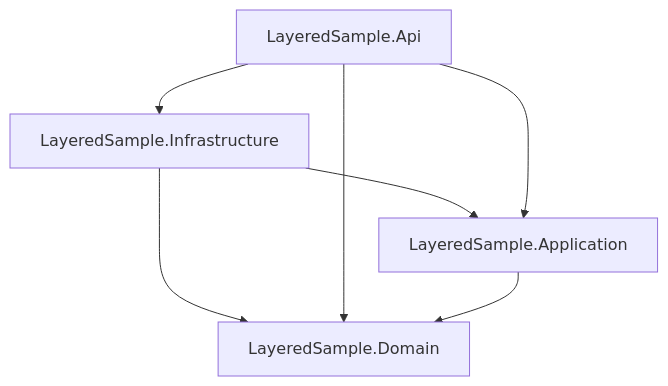
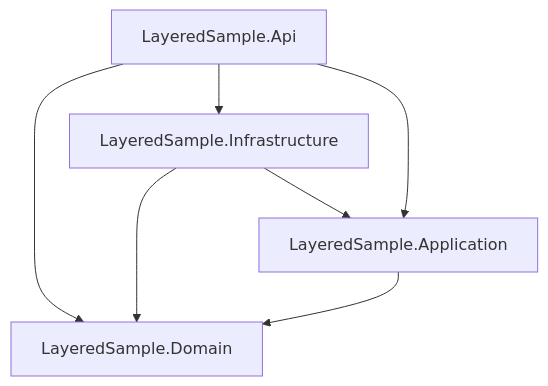
The diagram in docs/examples/LayeredSample/graph-projects.mmd (andrii2g/dotnet-solution-dependency-explorer), drawn with Mermaid before and after one commit. The commit also changed 3 other files, not shown here.

```diff
--- a/docs/examples/LayeredSample/graph-projects.mmd
+++ b/docs/examples/LayeredSample/graph-projects.mmd
@@ -1,11 +1,11 @@
 graph TD
-    b003d2b1_223c_4979_9b30_88a9628e4f62[LayeredSample.Infrastructure]
-    b8911d71_a4f9_4d05_a8cb_0fe0235ebbe3[LayeredSample.Api]
-    c48bd50a_18fc_4f77_b41f_bc87c35fe9da[LayeredSample.Application]
-    e5bd3090_c7f1_4dc6_859e_5a9c0a24b614[LayeredSample.Domain]
-    b003d2b1_223c_4979_9b30_88a9628e4f62 --> c48bd50a_18fc_4f77_b41f_bc87c35fe9da
-    b003d2b1_223c_4979_9b30_88a9628e4f62 --> e5bd3090_c7f1_4dc6_859e_5a9c0a24b614
-    b8911d71_a4f9_4d05_a8cb_0fe0235ebbe3 --> b003d2b1_223c_4979_9b30_88a9628e4f62
-    b8911d71_a4f9_4d05_a8cb_0fe0235ebbe3 --> c48bd50a_18fc_4f77_b41f_bc87c35fe9da
-    b8911d71_a4f9_4d05_a8cb_0fe0235ebbe3 --> e5bd3090_c7f1_4dc6_859e_5a9c0a24b614
-    c48bd50a_18fc_4f77_b41f_bc87c35fe9da --> e5bd3090_c7f1_4dc6_859e_5a9c0a24b614
+    project__LayeredSample_Domain[LayeredSample.Domain]
+    project__LayeredSample_Infrastructure[LayeredSample.Infrastructure]
+    project__LayeredSample_Api[LayeredSample.Api]
+    project__LayeredSample_Application[LayeredSample.Application]
+    project__LayeredSample_Infrastructure --> project__LayeredSample_Domain
+    project__LayeredSample_Infrastructure --> project__LayeredSample_Application
+    project__LayeredSample_Api --> project__LayeredSample_Domain
+    project__LayeredSample_Api --> project__LayeredSample_Infrastructure
+    project__LayeredSample_Api --> project__LayeredSample_Application
+    project__LayeredSample_Application --> project__LayeredSample_Domain
```
